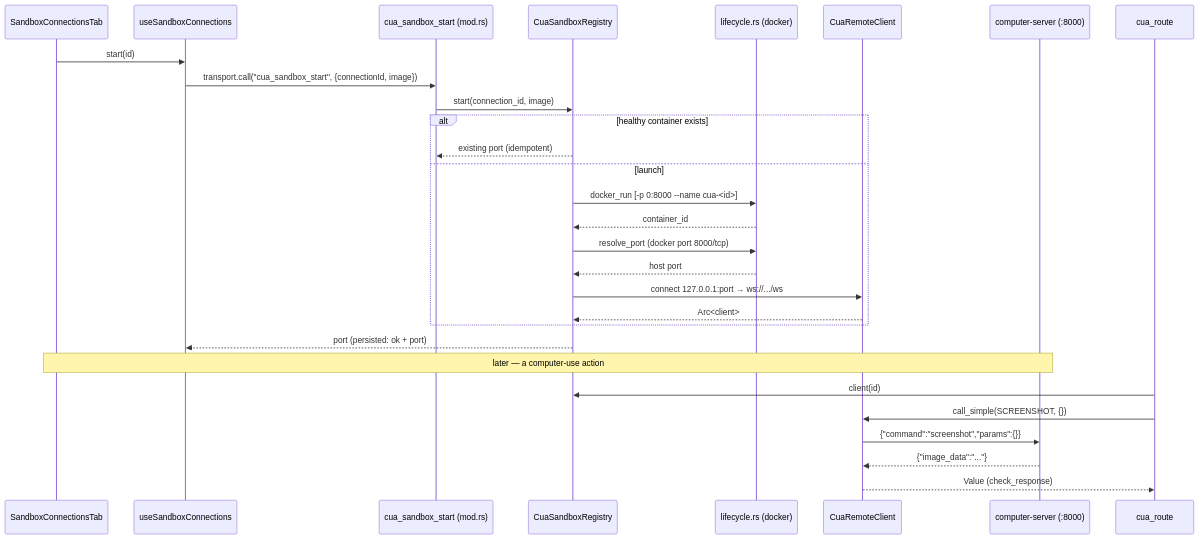
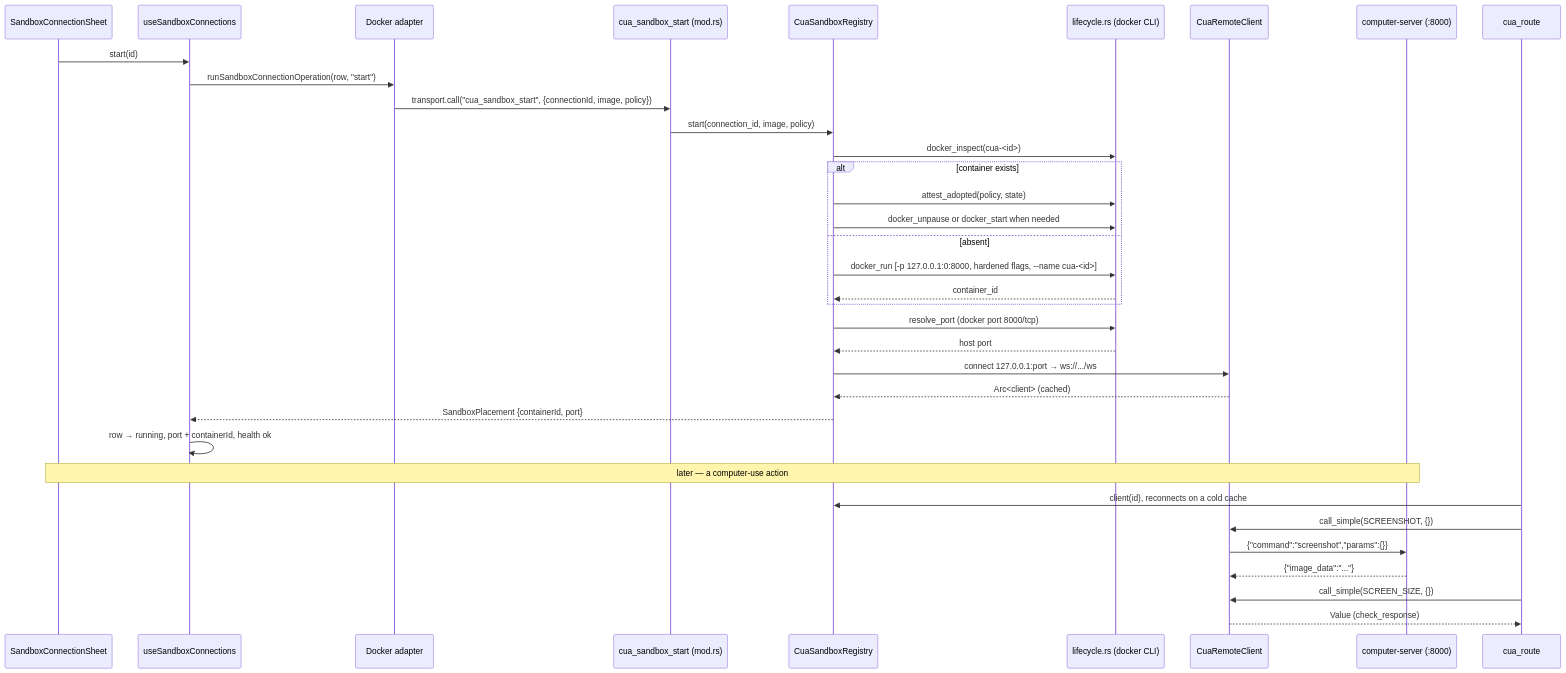
One commit to MaxQian888/cognia-next changed the diagram in docs/content/docs/en/subsystems/sandbox/cua-remote-sandbox.mdx. Above: the diagram before and after it, drawn with Mermaid. The commit also changed other lines of this file and 2 other files, not shown here.

Commit message:
docs(sandbox): follow the cua sandbox into cognia-automation

````diff
--- a/docs/content/docs/en/subsystems/sandbox/cua-remote-sandbox.mdx
+++ b/docs/content/docs/en/subsystems/sandbox/cua-remote-sandbox.mdx
@@ -141,33 +276,39 @@
 ```mermaid
 sequenceDiagram
-  participant UI as SandboxConnectionsTab
+  participant UI as SandboxConnectionSheet
   participant Hook as useSandboxConnections
+  participant Adp as Docker adapter
   participant Cmd as cua_sandbox_start (mod.rs)
   participant Reg as CuaSandboxRegistry
-  participant Life as lifecycle.rs (docker)
+  participant Life as lifecycle.rs (docker CLI)
   participant WS as CuaRemoteClient
   participant Srv as computer-server (:8000)
 
   UI->>Hook: start(id)
-  Hook->>Cmd: transport.call("cua_sandbox_start", {connectionId, image})
-  Cmd->>Reg: start(connection_id, image)
-  alt healthy container exists
-    Reg-->>Cmd: existing port (idempotent)
-  else launch
-    Reg->>Life: docker_run [-p 0:8000 --name cua-<id>]
+  Hook->>Adp: runSandboxConnectionOperation(row, "start")
+  Adp->>Cmd: transport.call("cua_sandbox_start", {connectionId, image, policy})
+  Cmd->>Reg: start(connection_id, image, policy)
+  Reg->>Life: docker_inspect(cua-<id>)
+  alt container exists
+    Reg->>Life: attest_adopted(policy, state)
+    Reg->>Life: docker_unpause or docker_start when needed
+  else absent
+    Reg->>Life: docker_run [-p 127.0.0.1:0:8000, hardened flags, --name cua-<id>]
     Life-->>Reg: container_id
-    Reg->>Life: resolve_port (docker port 8000/tcp)
-    Life-->>Reg: host port
-    Reg->>WS: connect 127.0.0.1:port → ws://.../ws
-    WS-->>Reg: Arc<client>
   end
-  Reg-->>Hook: port (persisted: ok + port)
+  Reg->>Life: resolve_port (docker port 8000/tcp)
+  Life-->>Reg: host port
+  Reg->>WS: connect 127.0.0.1:port → ws://.../ws
+  WS-->>Reg: Arc<client> (cached)
+  Reg-->>Hook: SandboxPlacement {containerId, port}
+  Hook->>Hook: row → running, port + containerId, health ok
 
   Note over UI,Srv: later — a computer-use action
   participant Route as cua_route
-  Route->>Reg: client(id)
+  Route->>Reg: client(id), reconnects on a cold cache
   Route->>WS: call_simple(SCREENSHOT, {})
   WS->>Srv: {"command":"screenshot","params":{}}
   Srv-->>WS: {"image_data":"..."}
+  Route->>WS: call_simple(SCREEN_SIZE, {})
   WS-->>Route: Value (check_response)
 ```
````
